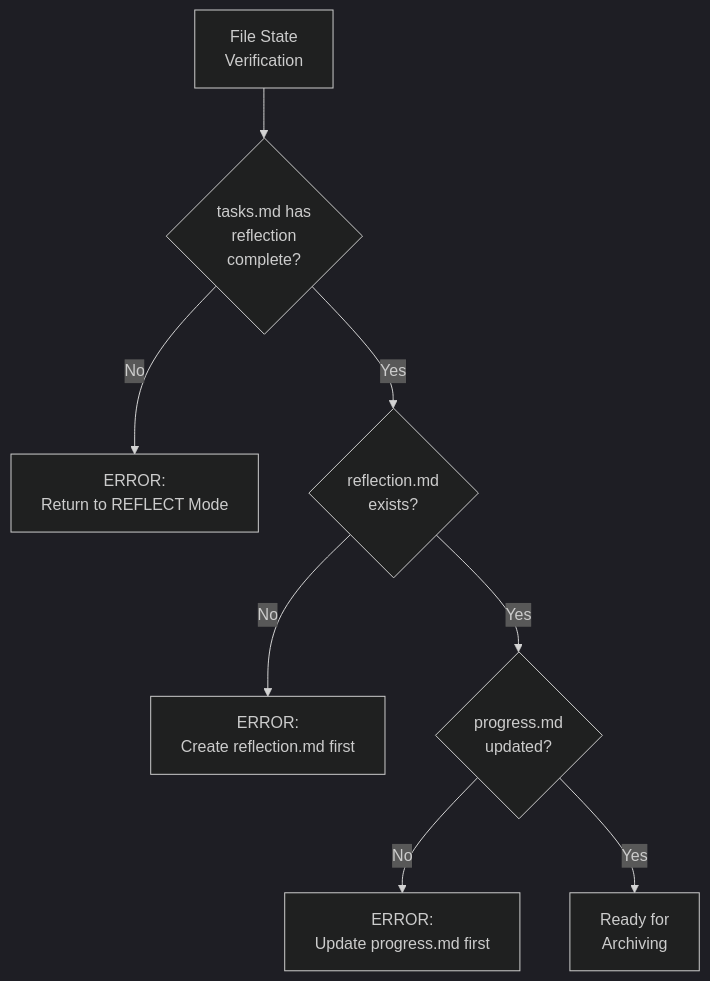
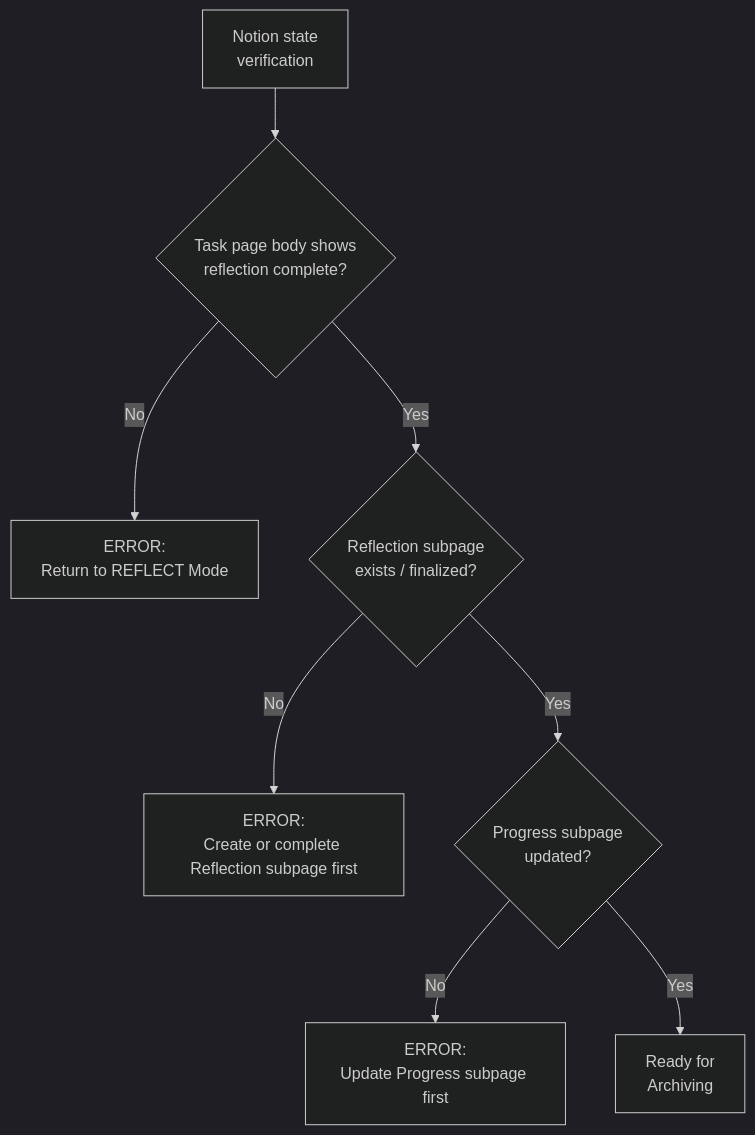
The third of 5 diagrams in .cursor/rules/isolation_rules/visual-maps/archive-mode-map.mdc (xianzhu21/cursor-memory-notion), drawn with Mermaid (dark theme) before and after one commit. The commit also changed other lines of this file and 37 other files, not shown here.

````diff
--- a/.cursor/rules/isolation_rules/visual-maps/archive-mode-map.mdc
+++ b/.cursor/rules/isolation_rules/visual-maps/archive-mode-map.mdc
@@ -82,13 +86,13 @@
 ```mermaid
 graph TD
-    Start["File State<br>Verification"] --> CheckTasks{"tasks.md has<br>reflection<br>complete?"}
+    Start["Notion state<br>verification"] --> CheckTasks{"Task page body shows<br>reflection complete?"}
     
     CheckTasks -->|"No"| ErrorReflect["ERROR:<br>Return to REFLECT Mode"]
-    CheckTasks -->|"Yes"| CheckReflection{"reflection.md<br>exists?"}
+    CheckTasks -->|"Yes"| CheckReflection{"Reflection subpage<br>exists / finalized?"}
     
-    CheckReflection -->|"No"| ErrorCreate["ERROR:<br>Create reflection.md first"]
-    CheckReflection -->|"Yes"| CheckProgress{"progress.md<br>updated?"}
+    CheckReflection -->|"No"| ErrorCreate["ERROR:<br>Create or complete Reflection subpage first"]
+    CheckReflection -->|"Yes"| CheckProgress{"Progress subpage<br>updated?"}
     
-    CheckProgress -->|"No"| ErrorProgress["ERROR:<br>Update progress.md first"]
+    CheckProgress -->|"No"| ErrorProgress["ERROR:<br>Update Progress subpage first"]
     CheckProgress -->|"Yes"| ReadyArchive["Ready for<br>Archiving"]
 ```
````
